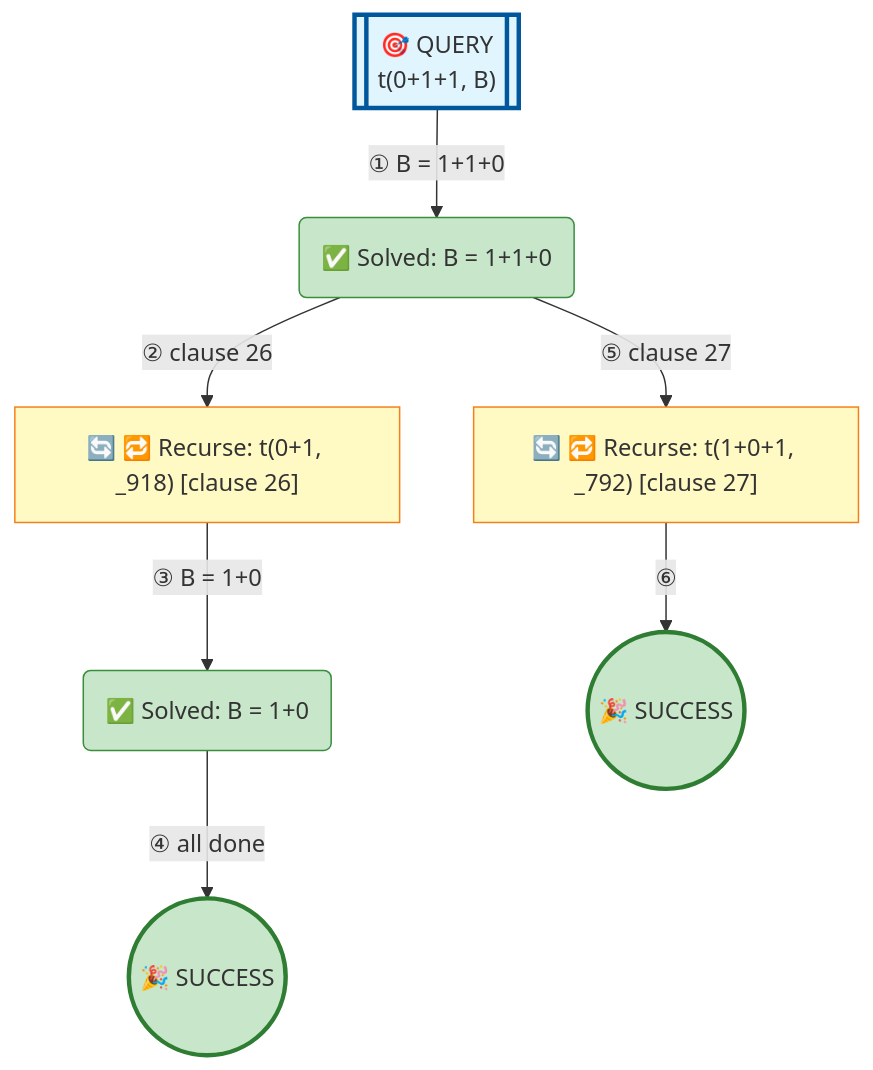
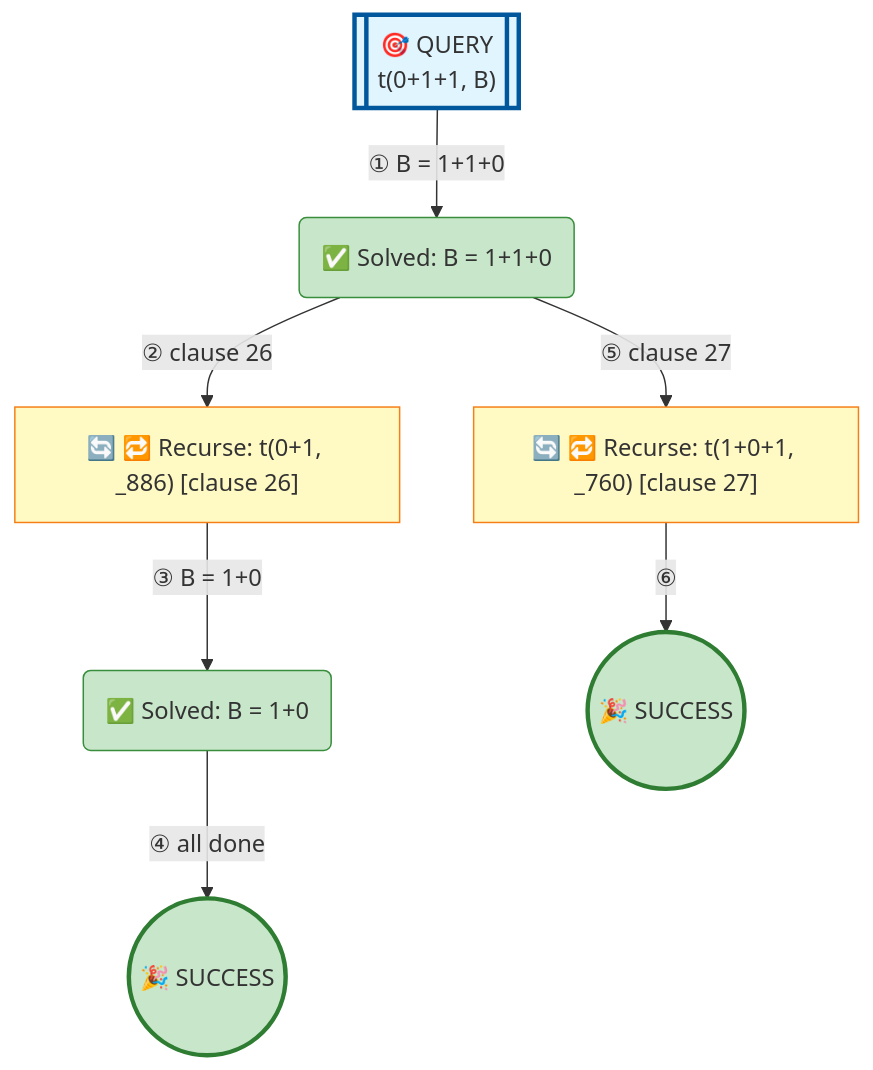
One commit to jarecsni/prolog-trace-viz changed the diagram in examples/3_3_operators-standard.md. Above: the diagram before and after it, drawn with Mermaid. The commit also changed other lines of this file and 17 other files, not shown here.

````diff
--- a/examples/3_3_operators-standard.md
+++ b/examples/3_3_operators-standard.md
@@ -19,29 +19,29 @@
 ```mermaid
 graph TD
 
 %% Nodes
 A[["🎯 QUERY<br/>t(0+1+1, B)"]]
 B("✅ Solved: B = 1+1+0")
-C["🔄 🔁 Recurse: t(0+1, _918) [clause 26]"]
+C["🔄 🔁 Recurse: t(0+1, _886) [clause 26]"]
 D("✅ Solved: B = 1+0")
 E(("🎉 SUCCESS"))
-F["🔄 🔁 Recurse: t(1+0+1, _792) [clause 27]"]
+F["🔄 🔁 Recurse: t(1+0+1, _760) [clause 27]"]
 G(("🎉 SUCCESS"))
 
 %% Edges
 A -->|"① B = 1+1+0"| B
 B -->|"② clause 26"| C
 C -->|"③ B = 1+0"| D
 D -->|"④ all done"| E
 B -->|"⑤ clause 27"| F
 F -->|"⑥"| G
 
 %% Styles
 style A fill:#e1f5ff,stroke:#01579b,stroke-width:3px
 style B fill:#c8e6c9,stroke:#388e3c
 style C fill:#fff9c4,stroke:#f57f17
 style D fill:#c8e6c9,stroke:#388e3c
 style E fill:#c8e6c9,stroke:#2e7d32,stroke-width:3px
 style F fill:#fff9c4,stroke:#f57f17
 style G fill:#c8e6c9,stroke:#2e7d32,stroke-width:3px
 ```
````
